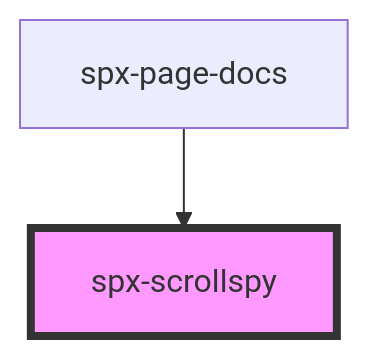
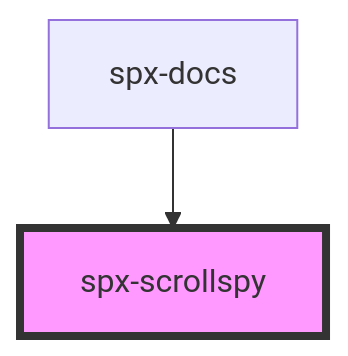
The diagram in stencil/src/components/spx-scrollspy/readme.md (dnnsjsk/spx), drawn with Mermaid before and after one commit. The commit also changed other lines of this file and 198 other files, not shown here.

````diff
--- a/stencil/src/components/spx-scrollspy/readme.md
+++ b/stencil/src/components/spx-scrollspy/readme.md
@@ -49,5 +49,5 @@
 ```mermaid
 graph TD;
-  spx-page-docs --> spx-scrollspy
+  spx-docs --> spx-scrollspy
   style spx-scrollspy fill:#f9f,stroke:#333,stroke-width:4px
 ```
````
